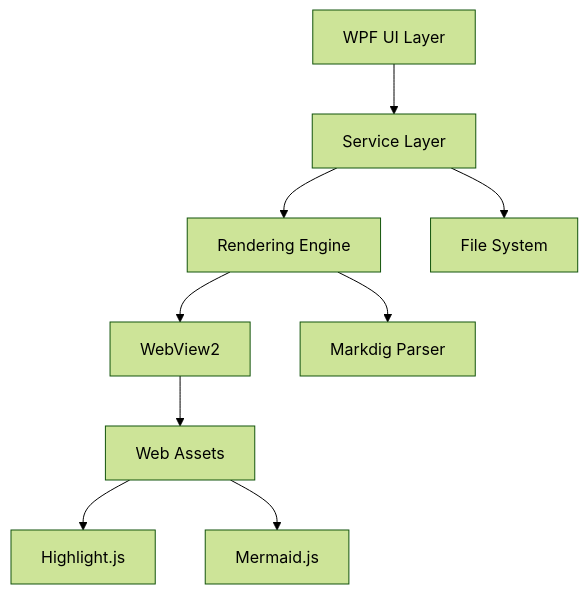
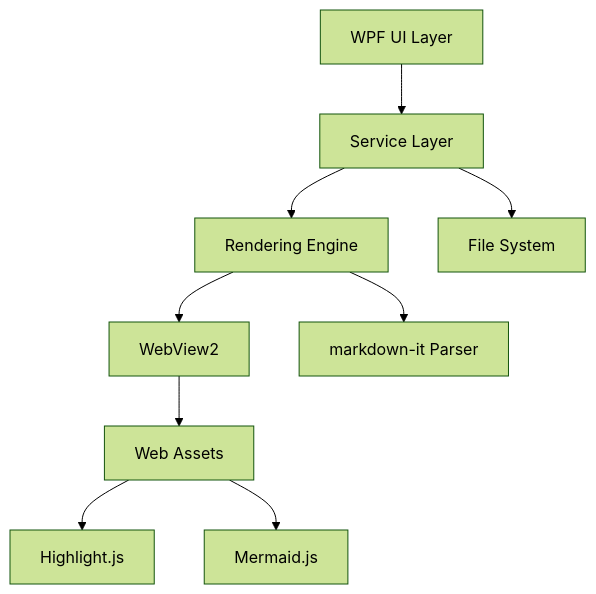
One commit to schalkje/markread changed the first of 2 diagrams in documentation/developer/architecture/overview.md. Above: the diagram before and after it, drawn with Mermaid (forest theme). The commit also changed other lines of this file and 59 other files, not shown here.

````diff
--- a/documentation/developer/architecture/overview.md
+++ b/documentation/developer/architecture/overview.md
@@ -9,11 +9,11 @@
 ```mermaid
 graph TD
     UI[WPF UI Layer] --> Services[Service Layer]
     Services --> Rendering[Rendering Engine]
     Services --> FileSystem[File System]
     Rendering --> WebView[WebView2]
-    Rendering --> Markdig[Markdig Parser]
+    Rendering --> MarkdownIt[markdown-it Parser]
     WebView --> Assets[Web Assets]
     Assets --> HighlightJS[Highlight.js]
     Assets --> Mermaid[Mermaid.js]
 ```
````
